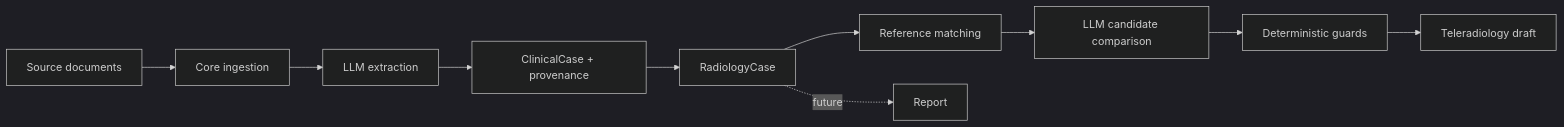
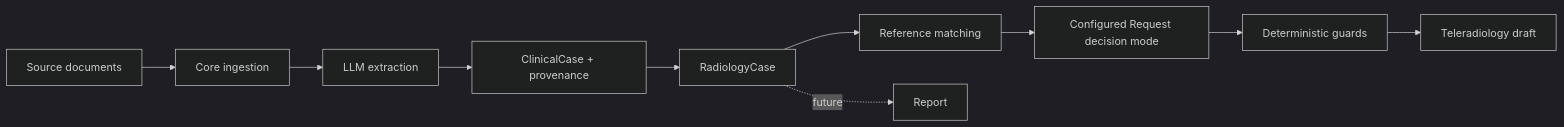
Before and after one commit to Thibescobar/bulkinout: the diagram in docs/development.md, drawn with Mermaid (dark theme). The commit also changed 34 other files, not shown here.

Commit message:
Add deterministic Request decision routing

````diff
--- a/docs/development.md
+++ b/docs/development.md
@@ -28,12 +28,12 @@
 ```mermaid
 flowchart LR
     D["Source documents"] --> I["Core ingestion"]
     I --> X["LLM extraction"]
     X --> C["ClinicalCase + provenance"]
     C --> R["RadiologyCase"]
     R --> M["Reference matching"]
-    M --> L["LLM candidate comparison"]
+    M --> L["Configured Request decision mode"]
     L --> G["Deterministic guards"]
     G --> T["Teleradiology draft"]
     R -. future .-> P["Report"]
 ```
````
